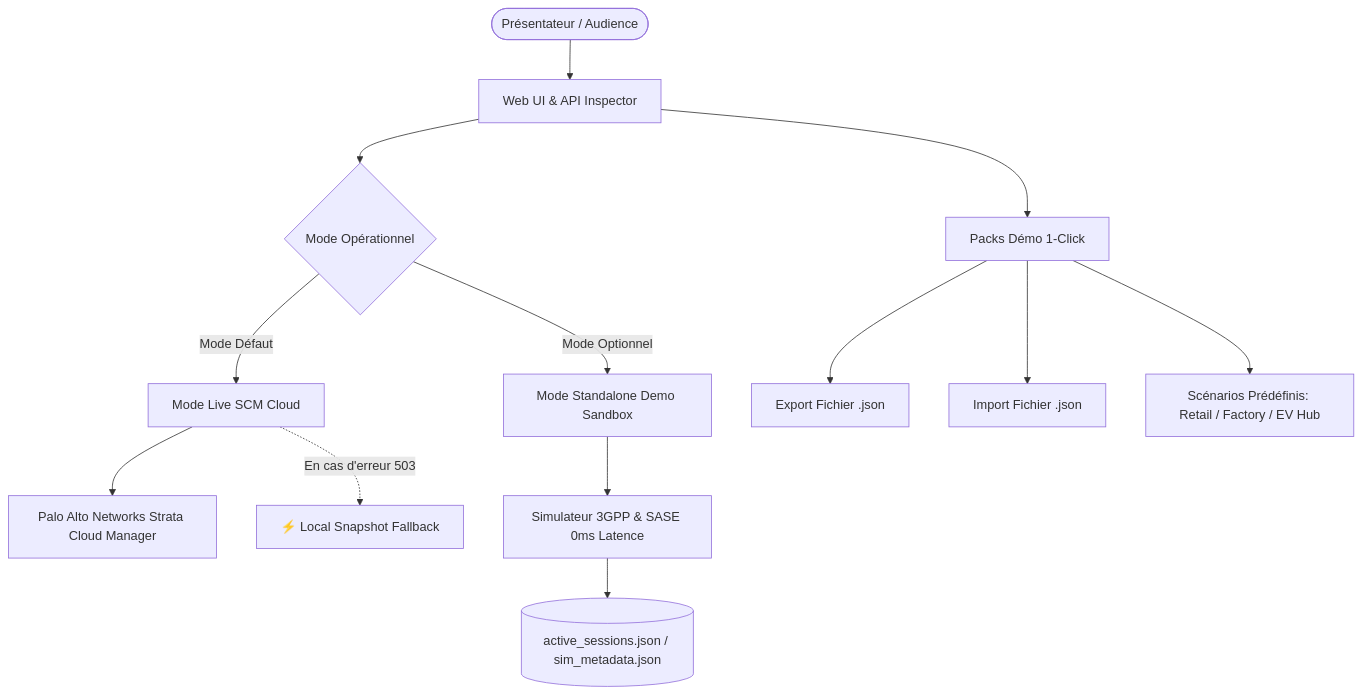
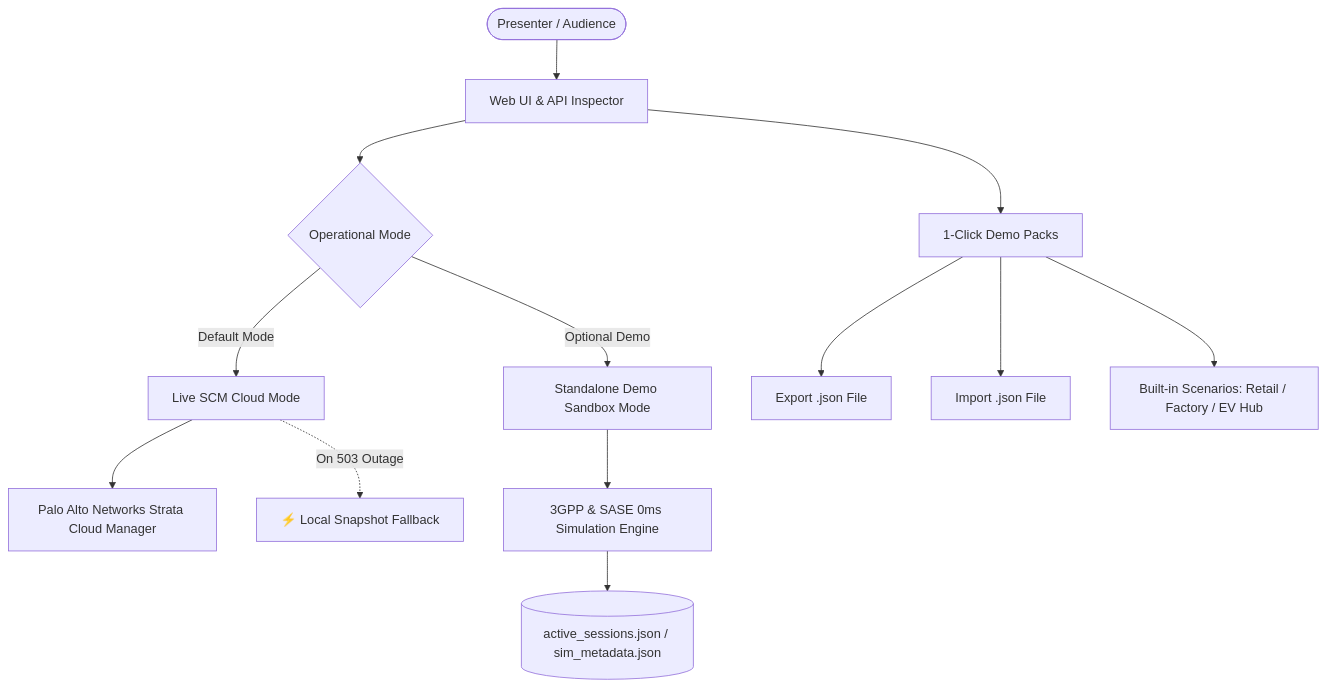
Before and after one commit to jsuzanne/Prisma-SASE-5G: the diagram in docs/OFFLINE_DEMO_AND_DEMO_PACKS.md, drawn with Mermaid. The commit also changed other lines of this file and 2 other files, not shown here.

Commit message:
docs: translate documentation to English and update sido-5g-demo skill

````diff
--- a/docs/OFFLINE_DEMO_AND_DEMO_PACKS.md
+++ b/docs/OFFLINE_DEMO_AND_DEMO_PACKS.md
@@ -15,18 +15,18 @@
 ```mermaid
 graph TD
-    User([Présentateur / Audience]) --> WebUI[Web UI & API Inspector]
-    WebUI --> Switch{Mode Opérationnel}
+    User([Presenter / Audience]) --> WebUI[Web UI & API Inspector]
+    WebUI --> Switch{Operational Mode}
     
-    Switch -->|Mode Défaut| LiveEngine[Mode Live SCM Cloud]
+    Switch -->|Default Mode| LiveEngine[Live SCM Cloud Mode]
     LiveEngine --> PANWCloud[Palo Alto Networks Strata Cloud Manager]
-    LiveEngine -.->|En cas d'erreur 503| SnapshotFallback[⚡ Local Snapshot Fallback]
+    LiveEngine -.->|On 503 Outage| SnapshotFallback[⚡ Local Snapshot Fallback]
     
-    Switch -->|Mode Optionnel| StandaloneEngine[Mode Standalone Demo Sandbox]
-    StandaloneEngine --> SimEngine[Simulateur 3GPP & SASE 0ms Latence]
+    Switch -->|Optional Demo| StandaloneEngine[Standalone Demo Sandbox Mode]
+    StandaloneEngine --> SimEngine[3GPP & SASE 0ms Simulation Engine]
     SimEngine --> LocalStore[(active_sessions.json / sim_metadata.json)]
     
-    WebUI --> DemoPacks[Packs Démo 1-Click]
-    DemoPacks --> ExportJSON[Export Fichier .json]
-    DemoPacks --> ImportJSON[Import Fichier .json]
-    DemoPacks --> Presets[Scénarios Prédéfinis: Retail / Factory / EV Hub]
+    WebUI --> DemoPacks[1-Click Demo Packs]
+    DemoPacks --> ExportJSON[Export .json File]
+    DemoPacks --> ImportJSON[Import .json File]
+    DemoPacks --> Presets[Built-in Scenarios: Retail / Factory / EV Hub]
 ```
````
